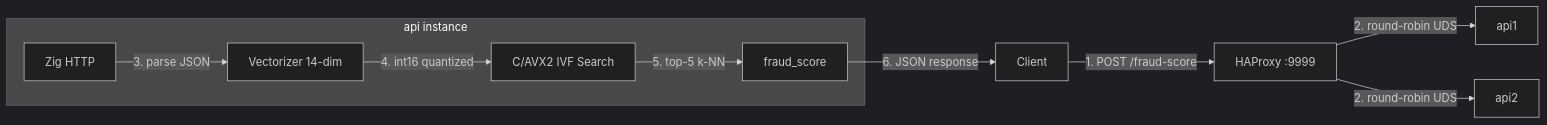
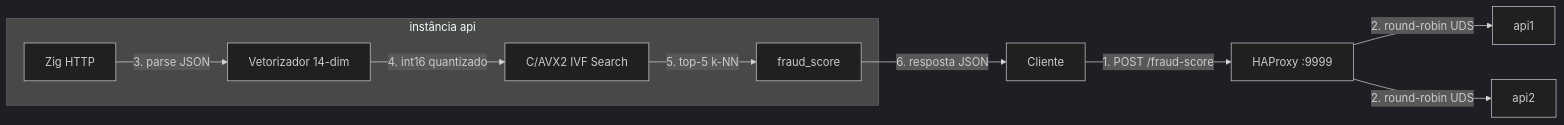
One commit to macedot/rinha-2026-zig changed the diagram in README.md. Above: the diagram before and after it, drawn with Mermaid (dark theme). The commit also changed other lines of this file and 7 other files, not shown here.

````diff
--- a/README.md
+++ b/README.md
@@ -112,12 +110,12 @@
 ```mermaid
 flowchart LR
-    Client[Client] -->|1. POST /fraud-score| HAProxy[HAProxy :9999]
+    Client[Cliente] -->|1. POST /fraud-score| HAProxy[HAProxy :9999]
     HAProxy -->|2. round-robin UDS| API1[api1]
     HAProxy -->|2. round-robin UDS| API2[api2]
-    subgraph api [api instance]
-        HTTP[Zig HTTP] -->|3. parse JSON| VEC[Vectorizer 14-dim]
-        VEC -->|4. int16 quantized| IVF[C/AVX2 IVF Search]
+    subgraph api [instância api]
+        HTTP[Zig HTTP] -->|3. parse JSON| VEC[Vetorizador 14-dim]
+        VEC -->|4. int16 quantizado| IVF[C/AVX2 IVF Search]
         IVF -->|5. top-5 k-NN| SCORE[fraud_score]
     end
-    SCORE -->|6. JSON response| Client
+    SCORE -->|6. resposta JSON| Client
 ```
````
